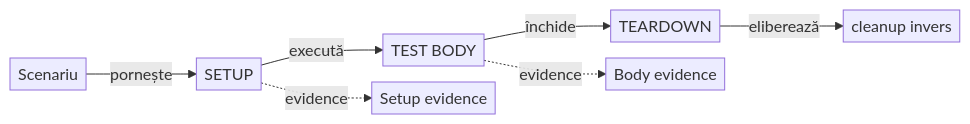
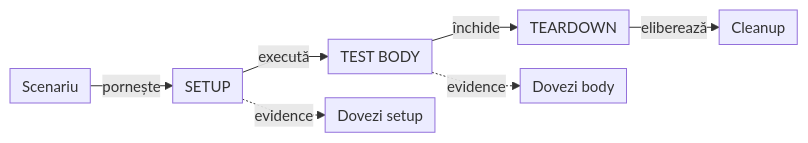
One commit to crististefanita/atf_j0 changed the tenth of 11 diagrams in docs/ATF_Architecture.md. Above: the diagram before and after it, drawn with Mermaid. The commit also changed other lines of this file and 97 other files, not shown here.

````diff
--- a/docs/ATF_Architecture.md
+++ b/docs/ATF_Architecture.md
@@ -634,10 +715,10 @@
 ```mermaid
-%%{init: {"themeVariables": {"fontSize": "16px"}, "themeCSS": ".edgeLabel p { font-size: 13px; line-height: 1.1; margin: 0; padding: 0 2px; }", "flowchart": {"nodeSpacing": 16, "rankSpacing": 48, "padding": 4}}}%%
+%%{init: {"themeVariables":{"fontSize":"15px"},"themeCSS":".nodeLabel, .nodeLabel p { font-size: 15px !important; line-height: 1.35 !important; } .edgeLabel, .edgeLabel p { font-size: 12px !important; font-weight: 400 !important; line-height: 1.2 !important; } .edgeLabel .labelBkg, .edgeLabel p { background: transparent !important; } .edgeLabel foreignObject { transform: translateY(-18px); overflow: visible; } .node rect { rx: 6px; ry: 6px; }","flowchart":{"curve":"linear","nodeSpacing":24,"rankSpacing":24,"padding":6,"diagramPadding":20}}}%%
 flowchart LR
     Scenario["Scenariu"] -->|pornește| Setup["SETUP"]
     Setup -->|execută| Body["TEST BODY"]
     Body -->|închide| Teardown["TEARDOWN"]
-    Teardown -->|eliberează| Cleanup["cleanup invers"]
-    Setup -.->|evidence| SetupEvidence["Setup evidence"]
-    Body -.->|evidence| BodyEvidence["Body evidence"]
+    Teardown -->|eliberează| Cleanup["Cleanup"]
+    Setup -.->|evidence| SetupEvidence["Dovezi setup"]
+    Body -.->|evidence| BodyEvidence["Dovezi body"]
 ```
````
